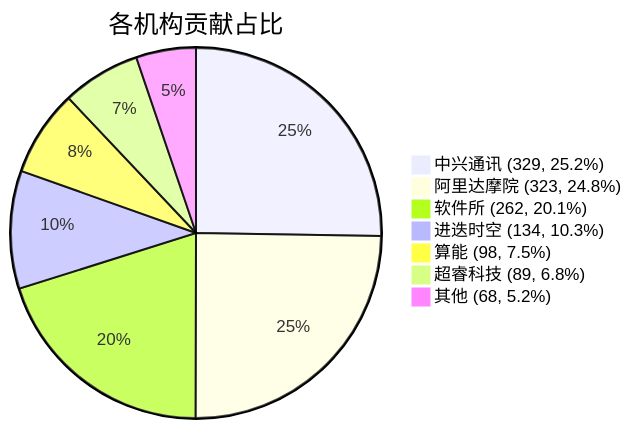
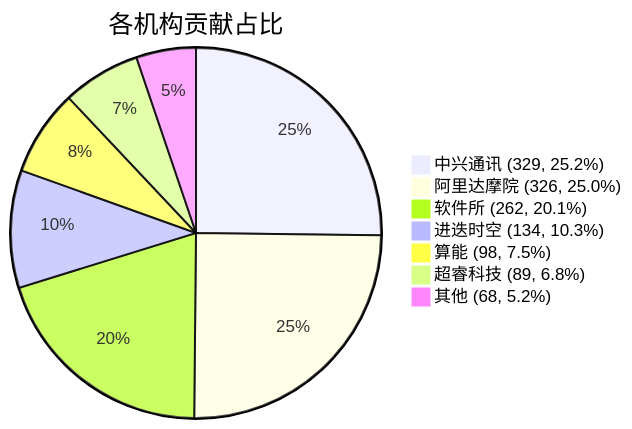
Before and after one commit to RVCK-Project/rvck: the diagram in docs/index.md, drawn with Mermaid. The commit also changed other lines of this file and 20 other files, not shown here.

````diff
--- a/docs/index.md
+++ b/docs/index.md
@@ -39,10 +39,10 @@
 ```mermaid
 pie title 各机构贡献占比
     "中兴通讯 (329, 25.2%)" : 329
-    "阿里达摩院 (323, 24.8%)" : 323
+    "阿里达摩院 (326, 25.0%)" : 326
     "软件所 (262, 20.1%)" : 262
     "进迭时空 (134, 10.3%)" : 134
     "算能 (98, 7.5%)" : 98
     "超睿科技 (89, 6.8%)" : 89
     "其他 (68, 5.2%)" : 68
 ```
````
